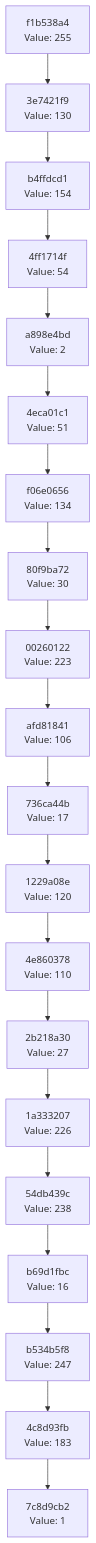
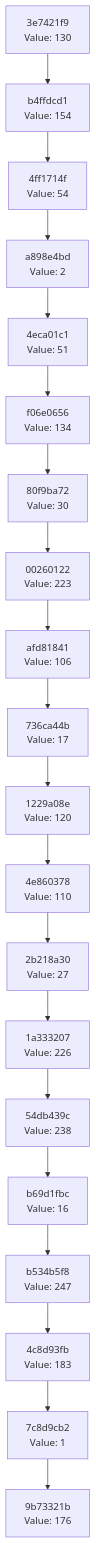
One commit to Abhisheksinha1506/hash-chain-evolver changed the diagram in docs/CHAIN_VISUALIZATION.md. Above: the diagram before and after it, drawn with Mermaid. The commit also changed 3 other files, not shown here.

````diff
--- a/docs/CHAIN_VISUALIZATION.md
+++ b/docs/CHAIN_VISUALIZATION.md
@@ -3,42 +3,42 @@
 ```mermaid
 graph TD
-    C0["7c8d9cb2<br/>Value: 1"]
-    C1["4c8d93fb<br/>Value: 183"]
+    C0["9b73321b<br/>Value: 176"]
+    C1["7c8d9cb2<br/>Value: 1"]
     C1 --> C0
-    C2["b534b5f8<br/>Value: 247"]
+    C2["4c8d93fb<br/>Value: 183"]
     C2 --> C1
-    C3["b69d1fbc<br/>Value: 16"]
+    C3["b534b5f8<br/>Value: 247"]
     C3 --> C2
-    C4["54db439c<br/>Value: 238"]
+    C4["b69d1fbc<br/>Value: 16"]
     C4 --> C3
-    C5["1a333207<br/>Value: 226"]
+    C5["54db439c<br/>Value: 238"]
     C5 --> C4
-    C6["2b218a30<br/>Value: 27"]
+    C6["1a333207<br/>Value: 226"]
     C6 --> C5
-    C7["4e860378<br/>Value: 110"]
+    C7["2b218a30<br/>Value: 27"]
     C7 --> C6
-    C8["1229a08e<br/>Value: 120"]
+    C8["4e860378<br/>Value: 110"]
     C8 --> C7
-    C9["736ca44b<br/>Value: 17"]
+    C9["1229a08e<br/>Value: 120"]
     C9 --> C8
-    C10["afd81841<br/>Value: 106"]
+    C10["736ca44b<br/>Value: 17"]
     C10 --> C9
-    C11["00260122<br/>Value: 223"]
+    C11["afd81841<br/>Value: 106"]
     C11 --> C10
-    C12["80f9ba72<br/>Value: 30"]
+    C12["00260122<br/>Value: 223"]
     C12 --> C11
-    C13["f06e0656<br/>Value: 134"]
+    C13["80f9ba72<br/>Value: 30"]
     C13 --> C12
-    C14["4eca01c1<br/>Value: 51"]
+    C14["f06e0656<br/>Value: 134"]
     C14 --> C13
-    C15["a898e4bd<br/>Value: 2"]
+    C15["4eca01c1<br/>Value: 51"]
     C15 --> C14
-    C16["4ff1714f<br/>Value: 54"]
+    C16["a898e4bd<br/>Value: 2"]
     C16 --> C15
-    C17["b4ffdcd1<br/>Value: 154"]
+    C17["4ff1714f<br/>Value: 54"]
     C17 --> C16
-    C18["3e7421f9<br/>Value: 130"]
+    C18["b4ffdcd1<br/>Value: 154"]
     C18 --> C17
-    C19["f1b538a4<br/>Value: 255"]
+    C19["3e7421f9<br/>Value: 130"]
     C19 --> C18
 ```
````
